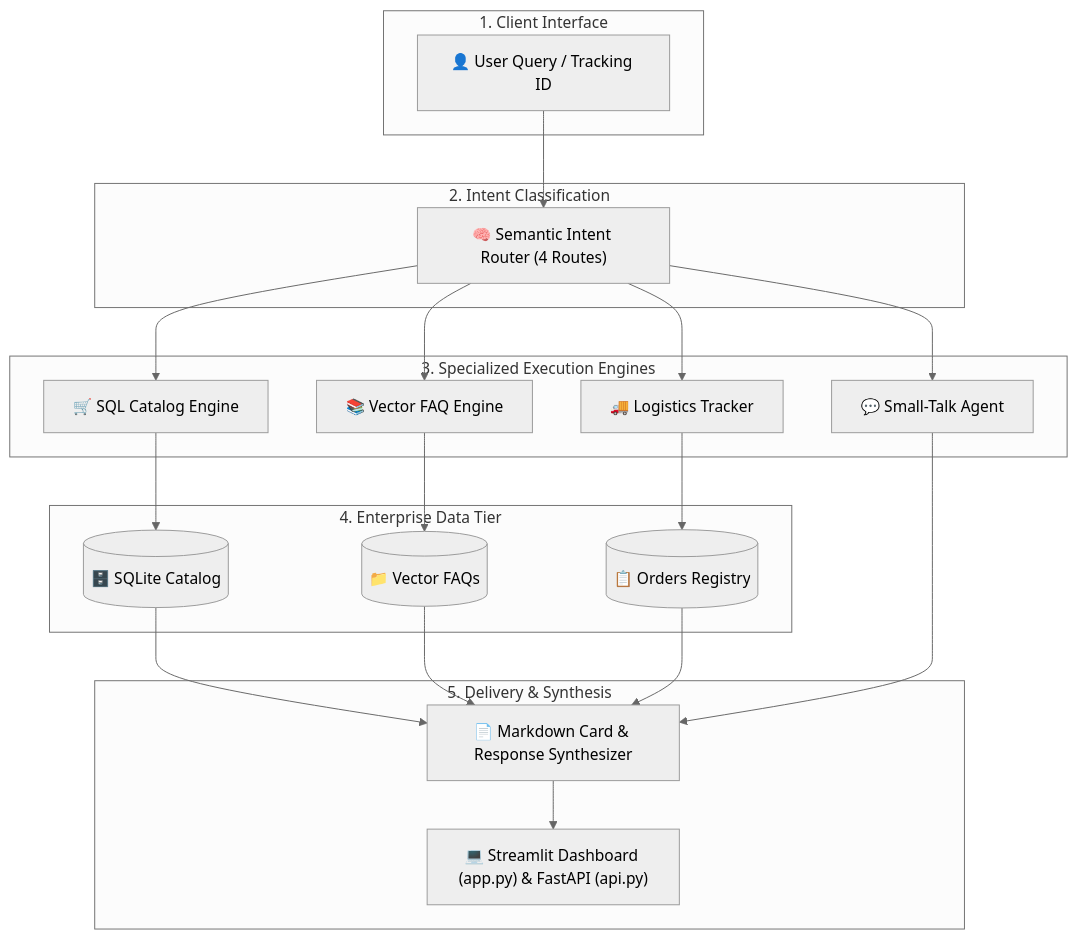
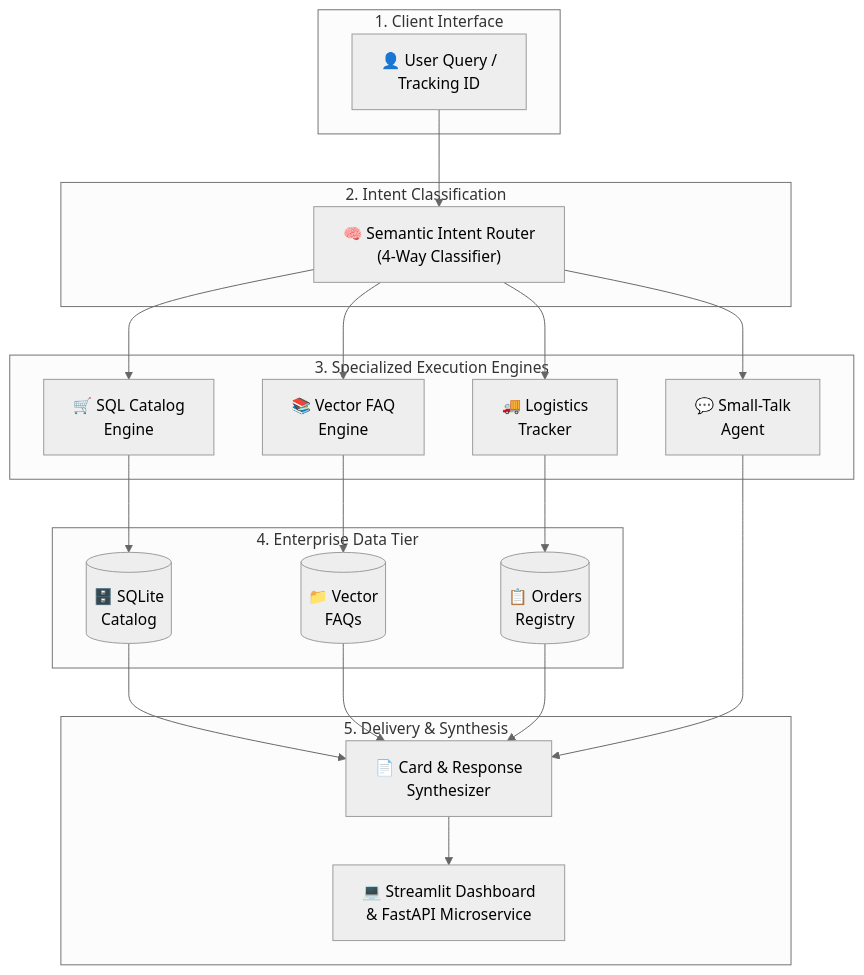
The diagram in README.md (Harish-Mathematican/GyanLabs-Agentic-Commerce-Chatbot), drawn with Mermaid (neutral theme) before and after one commit.

Commit message:
fix: add line breaks inside Mermaid box labels to ensure 100% full text visibility on GitHub

````diff
--- a/README.md
+++ b/README.md
@@ -20,45 +20,45 @@
 ```mermaid
 flowchart TD
     subgraph ClientLayer ["1. Client Interface"]
-        User["👤 User Query / Tracking ID"]
+        User["👤 User Query /<br/>Tracking ID"]
     end
 
     subgraph RouterLayer ["2. Intent Classification"]
-        Router["🧠 Semantic Intent Router (4 Routes)"]
+        Router["🧠 Semantic Intent Router<br/>(4-Way Classifier)"]
     end
 
     subgraph Engines ["3. Specialized Execution Engines"]
-        SQLGen["🛒 SQL Catalog Engine"]
-        FAQVector["📚 Vector FAQ Engine"]
-        OrderTracker["🚚 Logistics Tracker"]
-        SmallTalk["💬 Small-Talk Agent"]
+        SQLGen["🛒 SQL Catalog<br/>Engine"]
+        FAQVector["📚 Vector FAQ<br/>Engine"]
+        OrderTracker["🚚 Logistics<br/>Tracker"]
+        SmallTalk["💬 Small-Talk<br/>Agent"]
     end
 
     subgraph DataTier ["4. Enterprise Data Tier"]
-        SQLDB[("🗄️ SQLite Catalog")]
-        FAQDB[("📁 Vector FAQs")]
-        OrdersDB[("📋 Orders Registry")]
+        SQLDB[("🗄️ SQLite<br/>Catalog")]
+        FAQDB[("📁 Vector<br/>FAQs")]
+        OrdersDB[("📋 Orders<br/>Registry")]
     end
 
     subgraph Presentation ["5. Delivery & Synthesis"]
-        Formatter["📄 Markdown Card & Response Synthesizer"]
-        UI["💻 Streamlit Dashboard (app.py) & FastAPI (api.py)"]
+        Formatter["📄 Card & Response<br/>Synthesizer"]
+        UI["💻 Streamlit Dashboard<br/>& FastAPI Microservice"]
     end
 
     User --> Router
     Router --> SQLGen
     Router --> FAQVector
     Router --> OrderTracker
     Router --> SmallTalk
 
     SQLGen --> SQLDB
     FAQVector --> FAQDB
     OrderTracker --> OrdersDB
 
     SQLDB --> Formatter
     FAQDB --> Formatter
     OrdersDB --> Formatter
     SmallTalk --> Formatter
 
     Formatter --> UI
 ```
````
